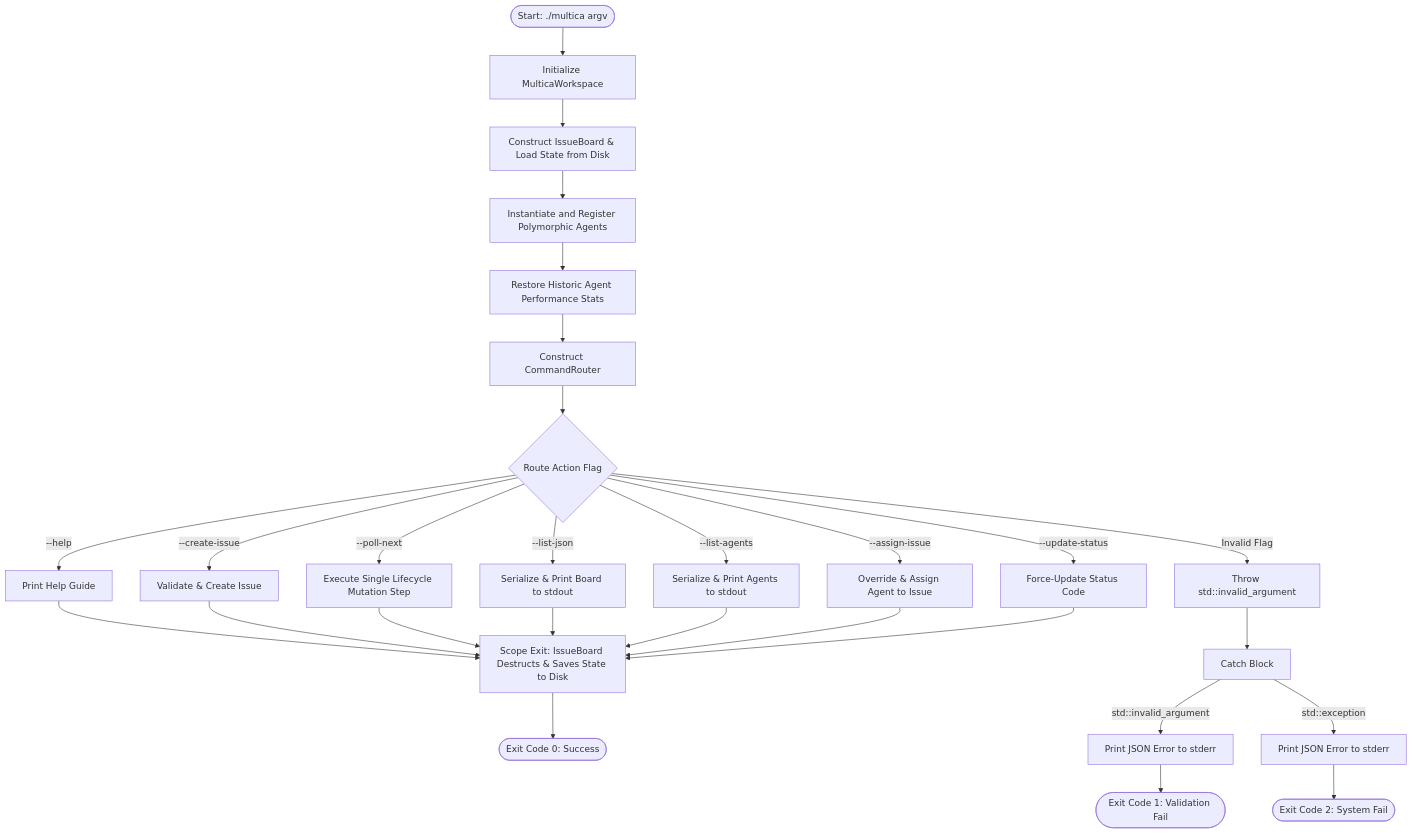
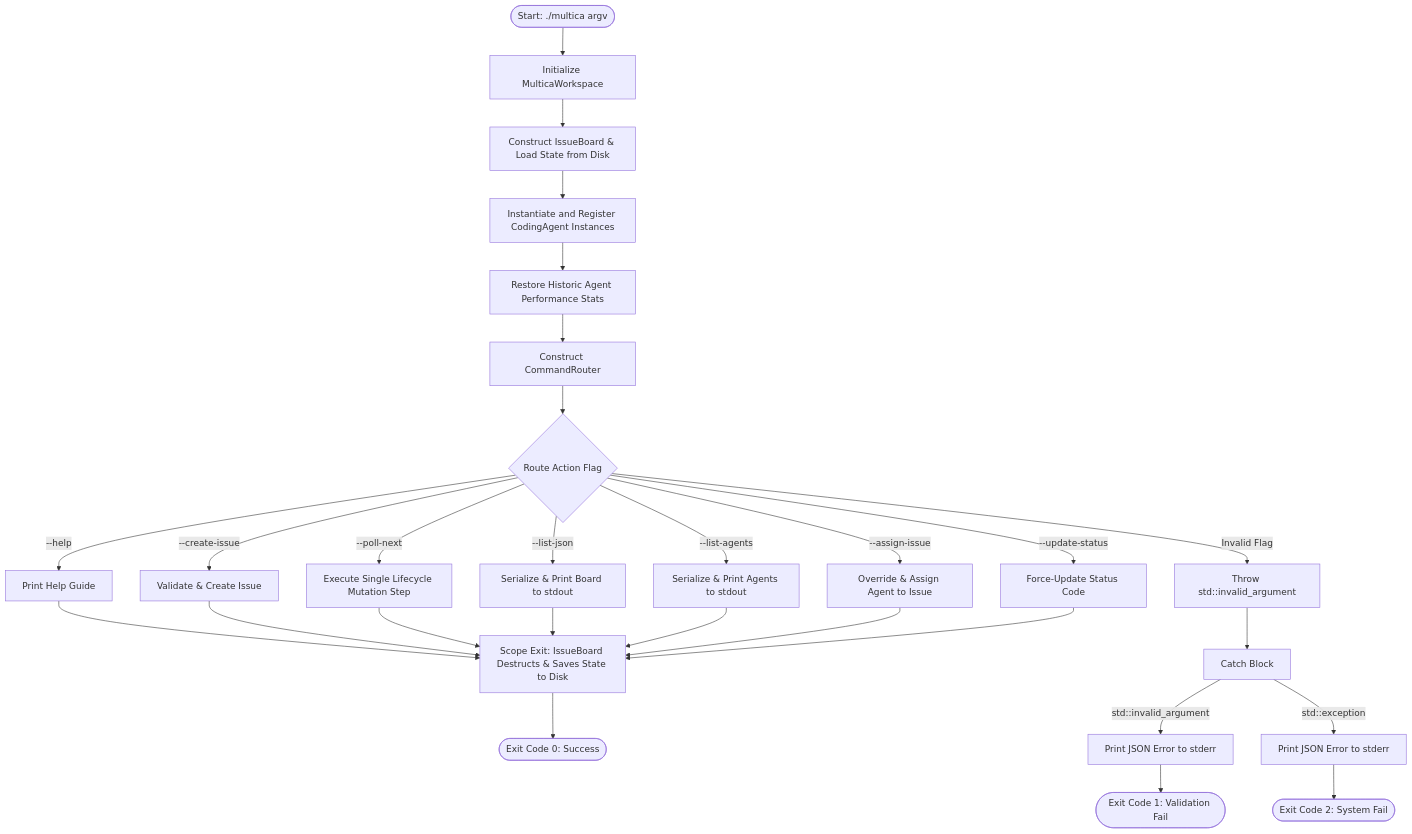
The first of 2 diagrams in report.md (khanhthanhdev/nano_multica), drawn with Mermaid before and after one commit. The commit also changed other lines of this file and 19 other files, not shown here.

Commit message:
refactor: unify polymorphic agents into a single CodingAgent class and update documentation and test expectations accordingly.

````diff
--- a/report.md
+++ b/report.md
@@ -11,32 +11,32 @@
 ```mermaid
 graph TD
     A([Start: ./multica argv]) --> B[Initialize MulticaWorkspace]
     B --> C[Construct IssueBoard & Load State from Disk]
-    C --> D[Instantiate and Register Polymorphic Agents]
+    C --> D[Instantiate and Register CodingAgent Instances]
     D --> E[Restore Historic Agent Performance Stats]
     E --> F[Construct CommandRouter]
     F --> G{Route Action Flag}
     
     G -->|--help| H[Print Help Guide]
     G -->|--create-issue| I[Validate & Create Issue]
     G -->|--poll-next| J[Execute Single Lifecycle Mutation Step]
     G -->|--list-json| K[Serialize & Print Board to stdout]
     G -->|--list-agents| L[Serialize & Print Agents to stdout]
     G -->|--assign-issue| M[Override & Assign Agent to Issue]
     G -->|--update-status| N[Force-Update Status Code]
     G -->|Invalid Flag| O[Throw std::invalid_argument]
     
     H --> P[Scope Exit: IssueBoard Destructs & Saves State to Disk]
     I --> P
     J --> P
     K --> P
     L --> P
     M --> P
     N --> P
     O --> Q[Catch Block]
     
     P --> R([Exit Code 0: Success])
     
     Q -->|std::invalid_argument| S[Print JSON Error to stderr] --> T([Exit Code 1: Validation Fail])
     Q -->|std::exception| U[Print JSON Error to stderr] --> V([Exit Code 2: System Fail])
 ```
````
